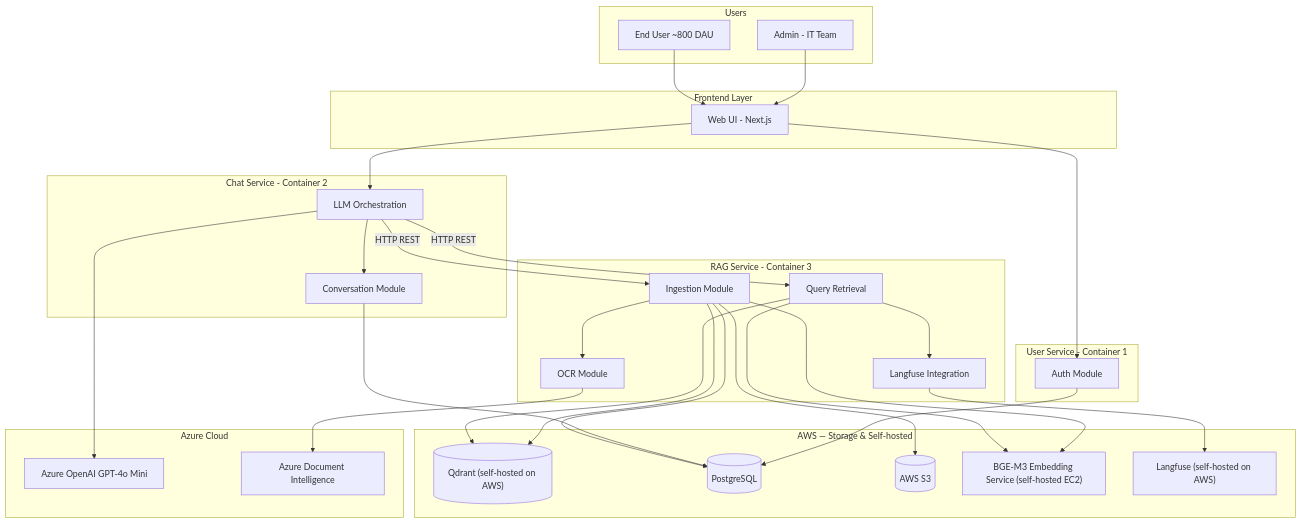
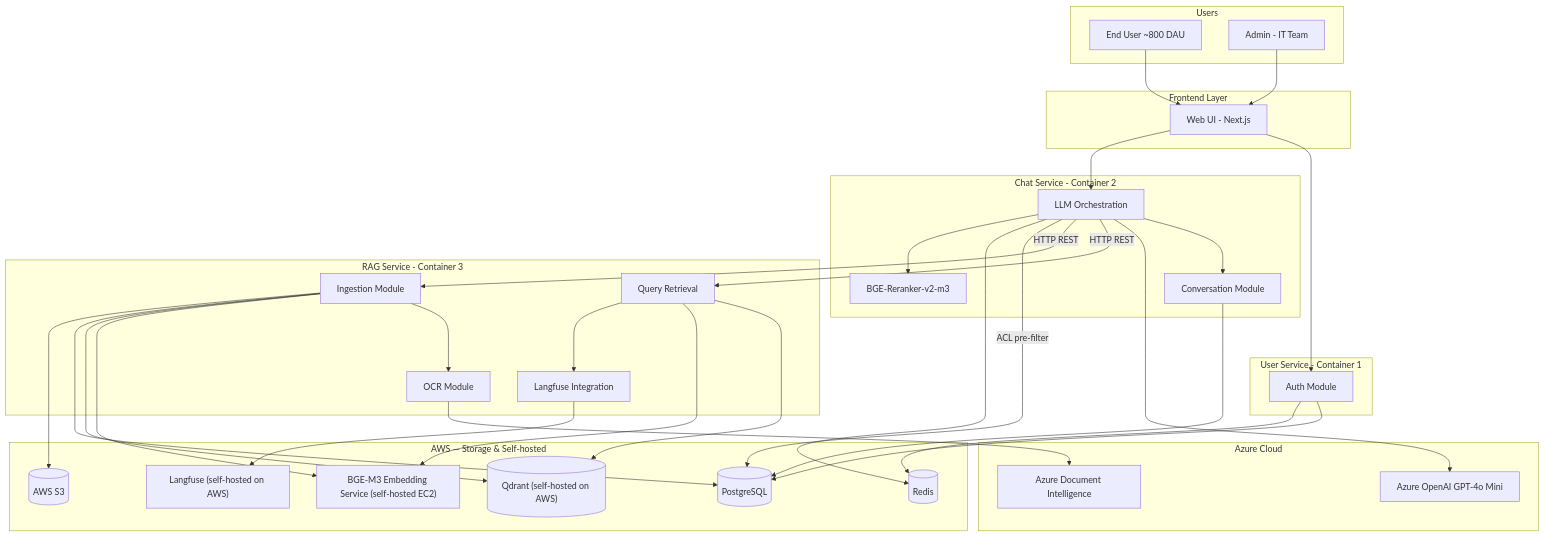
One commit to cds0987/DA08-VSF-AI changed the first of 6 diagrams in docs/SA_RAG_Chatbot_Final.md. Above: the diagram before and after it, drawn with Mermaid. The commit also changed other lines of this file and 3 other files, not shown here.

````diff
--- a/docs/SA_RAG_Chatbot_Final.md
+++ b/docs/SA_RAG_Chatbot_Final.md
@@ -140,61 +140,67 @@
 ```mermaid
 graph TB
     subgraph USERS["Users"]
         EU["End User ~800 DAU"]
         ADM["Admin - IT Team"]
     end
 
     subgraph FRONTEND["Frontend Layer"]
         UI["Web UI - Next.js"]
     end
 
     subgraph USER_SVC["User Service - Container 1"]
         AUTH["Auth Module"]
     end
 
     subgraph CHAT_SVC["Chat Service - Container 2"]
         CONV["Conversation Module"]
         ORCH["LLM Orchestration"]
+        RERANK["BGE-Reranker-v2-m3"]
     end
 
     subgraph RAG_SVC["RAG Service - Container 3"]
         QUERY["Query Retrieval"]
         INGEST["Ingestion Module"]
         OCR["OCR Module"]
         LFI["Langfuse Integration"]
     end
 
     subgraph AWS_STORAGE["AWS — Storage & Self-hosted"]
         QDRANT[("Qdrant (self-hosted on AWS)")]
         PG[("PostgreSQL")]
         S3[("AWS S3")]
+        REDIS[("Redis")]
         BGE["BGE-M3 Embedding Service (self-hosted EC2)"]
         LF["Langfuse (self-hosted on AWS)"]
     end
 
     subgraph AZURE["Azure Cloud"]
         AOAI["Azure OpenAI GPT-4o Mini"]
         ADI["Azure Document Intelligence"]
     end
 
     EU --> UI
     ADM --> UI
     UI --> AUTH
     UI --> ORCH
     ORCH --> CONV
     ORCH --> AOAI
     ORCH -- "HTTP REST" --> QUERY
     ORCH -- "HTTP REST" --> INGEST
     QUERY --> QDRANT
     QUERY --> BGE
     QUERY --> LFI
     INGEST --> OCR
     INGEST --> BGE
     INGEST --> QDRANT
     INGEST --> PG
     INGEST --> S3
     OCR --> ADI
     CONV --> PG
     AUTH --> PG
+    AUTH --> REDIS
+    ORCH -- "ACL pre-filter" --> PG
+    ORCH --> REDIS
+    ORCH --> RERANK
     LFI --> LF
 ```
````
